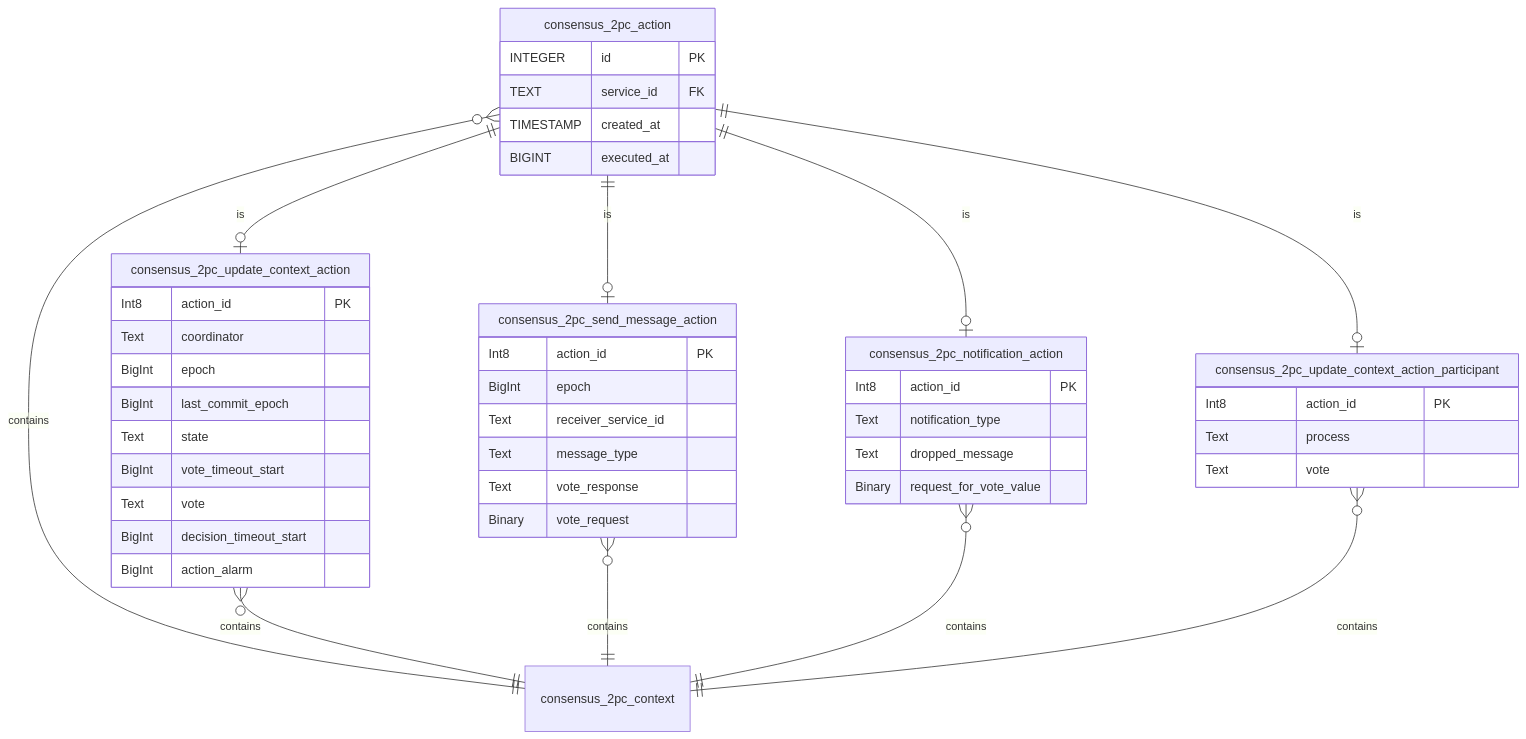
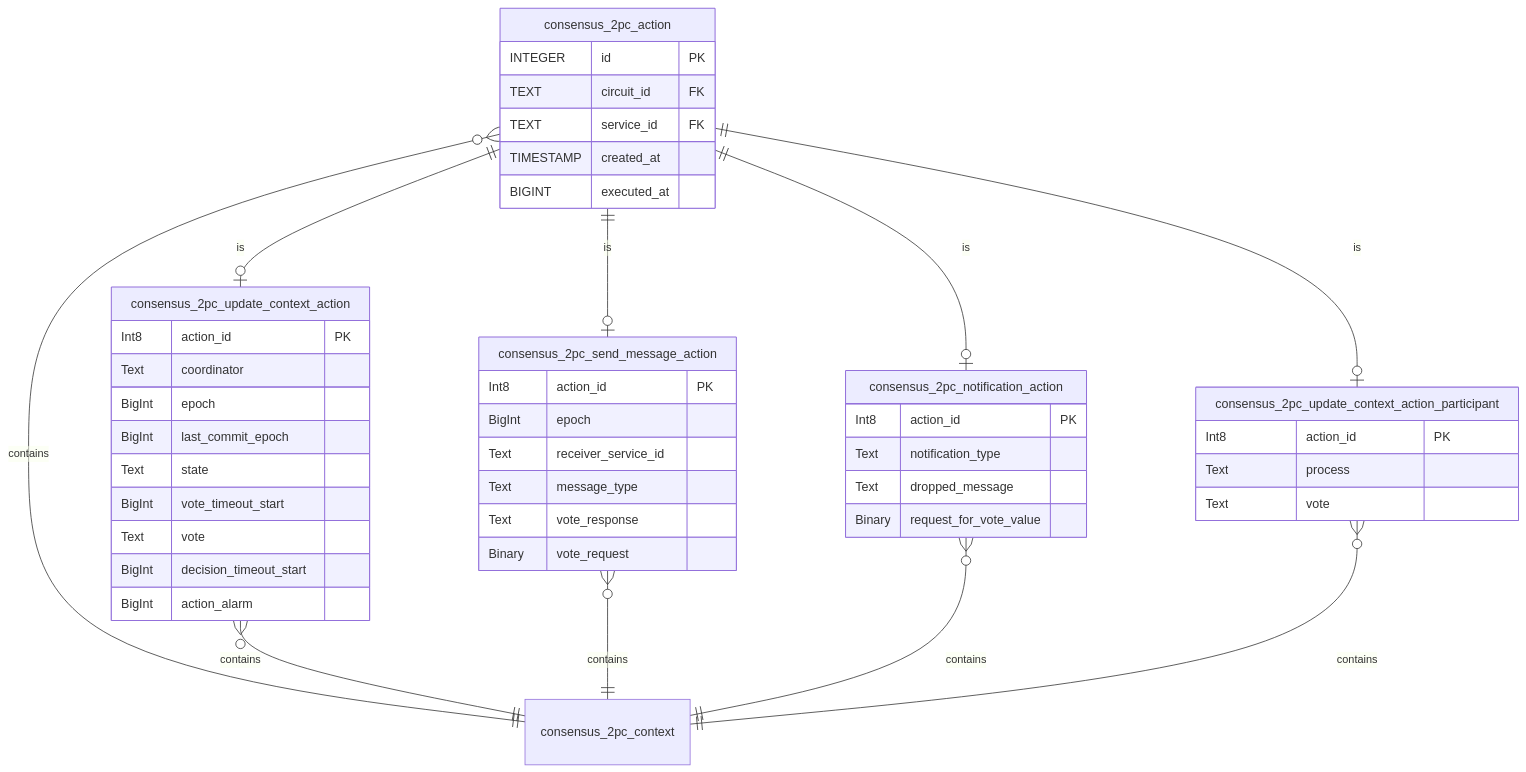
Before and after one commit to Cargill/splinter-docs: the third of 4 diagrams in community/planning/splinter_v0.7_database.md, drawn with Mermaid. The commit also changed other lines of this file, not shown here.

```diff
--- a/community/planning/splinter_v0.7_database.md
+++ b/community/planning/splinter_v0.7_database.md
@@ -203,57 +220,58 @@
 <div class="mermaid">
 erDiagram
     consensus_2pc_context {}
 
     consensus_2pc_action {
         INTEGER id PK
+        TEXT circuit_id FK
         TEXT service_id FK
         TIMESTAMP created_at
         BIGINT executed_at
     }
     consensus_2pc_action }o--|| consensus_2pc_context: contains
 
     consensus_2pc_update_context_action {
         Int8 action_id PK
         Text coordinator
         BigInt epoch
         BigInt last_commit_epoch
         Text state
         BigInt vote_timeout_start
         Text vote
         BigInt decision_timeout_start
         BigInt action_alarm
     }
     consensus_2pc_action ||--o| consensus_2pc_update_context_action: is
     consensus_2pc_update_context_action }o--|| consensus_2pc_context: contains
 
     consensus_2pc_send_message_action {
         Int8 action_id PK
         BigInt epoch
         Text receiver_service_id
         Text message_type
         Text vote_response
         Binary vote_request
     }
 
     consensus_2pc_action ||--o| consensus_2pc_send_message_action: is
     consensus_2pc_send_message_action }o--|| consensus_2pc_context: contains
 
     consensus_2pc_notification_action {
         Int8 action_id PK
         Text notification_type
         Text dropped_message
         Binary request_for_vote_value
     }
 
     consensus_2pc_action ||--o| consensus_2pc_notification_action: is
     consensus_2pc_notification_action }o--|| consensus_2pc_context: contains
 
     consensus_2pc_update_context_action_participant {
         Int8 action_id PK
         Text process
         Text vote
     }
 
 consensus_2pc_action ||--o| consensus_2pc_update_context_action_participant: is
 consensus_2pc_update_context_action_participant }o--|| consensus_2pc_context: contains
 </div>
```
